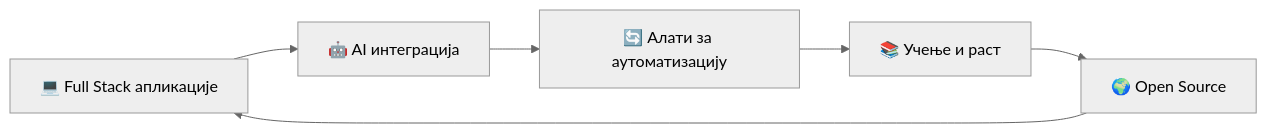
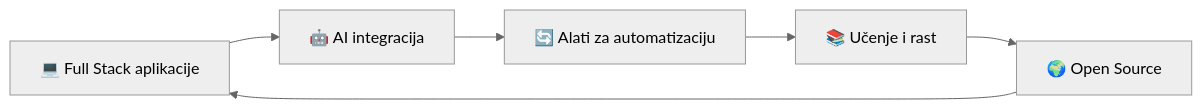
The second of 2 diagrams in README.md (zoxknez/zoxknez), drawn with Mermaid (neutral theme) before and after one commit. The commit also changed other lines of this file, not shown here.

````diff
--- a/README.md
+++ b/README.md
@@ -493,8 +493,8 @@
 ```mermaid
 graph LR
-    A[💻 Full Stack апликације] --> B[🤖 AI интеграција]
-    B --> C[🔄 Алати за аутоматизацију]
-    C --> D[📚 Учење и раст]
+    A[💻 Full Stack aplikacije] --> B[🤖 AI integracija]
+    B --> C[🔄 Alati za automatizaciju]
+    C --> D[📚 Učenje i rast]
     D --> E[🌍 Open Source]
     E --> A
 ```
````
